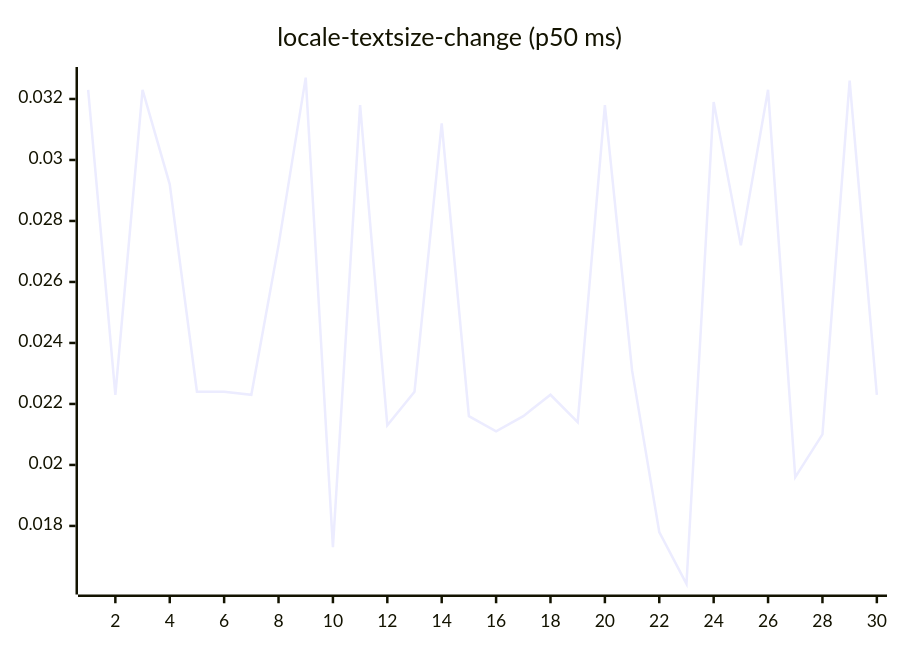
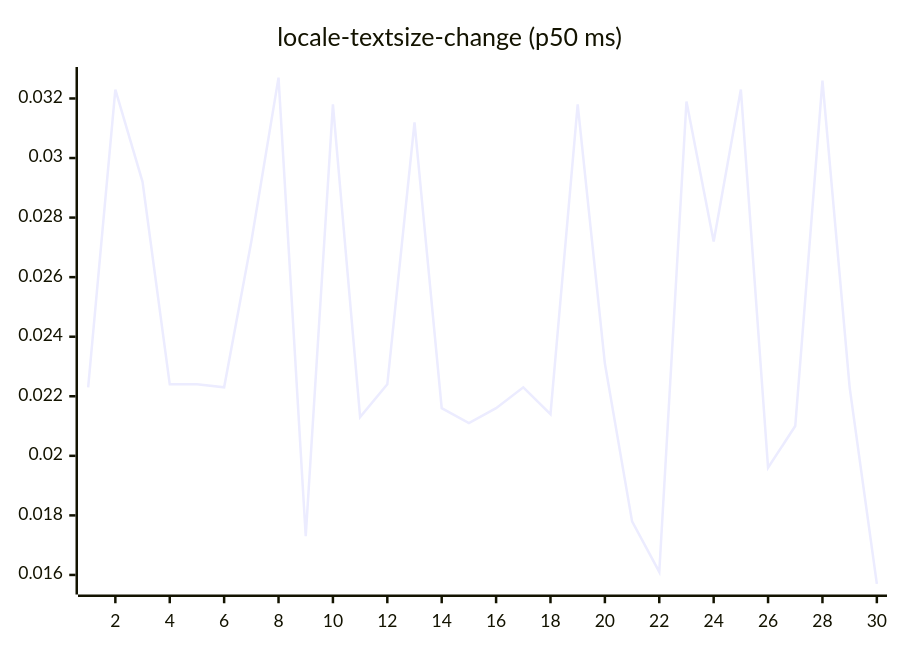
One commit to josha/Facet changed diagram 13 of 27 in README.md. Above: the diagram before and after it, drawn with Mermaid. The commit also changed other lines of this file and 2 other files, not shown here.

````diff
--- a/README.md
+++ b/README.md
@@ -147,6 +147,6 @@
 ```mermaid
 xychart-beta
     title "locale-textsize-change (p50 ms)"
     x-axis 1 --> 30
-    line [0.0323, 0.0223, 0.0323, 0.0292, 0.0224, 0.0224, 0.0223, 0.0272, 0.0327, 0.0173, 0.0318, 0.0213, 0.0224, 0.0312, 0.0216, 0.0211, 0.0216, 0.0223, 0.0214, 0.0318, 0.0231, 0.0178, 0.0161, 0.0319, 0.0272, 0.0323, 0.0196, 0.0210, 0.0326, 0.0223]
+    line [0.0223, 0.0323, 0.0292, 0.0224, 0.0224, 0.0223, 0.0272, 0.0327, 0.0173, 0.0318, 0.0213, 0.0224, 0.0312, 0.0216, 0.0211, 0.0216, 0.0223, 0.0214, 0.0318, 0.0231, 0.0178, 0.0161, 0.0319, 0.0272, 0.0323, 0.0196, 0.0210, 0.0326, 0.0223, 0.0157]
 ```
````
